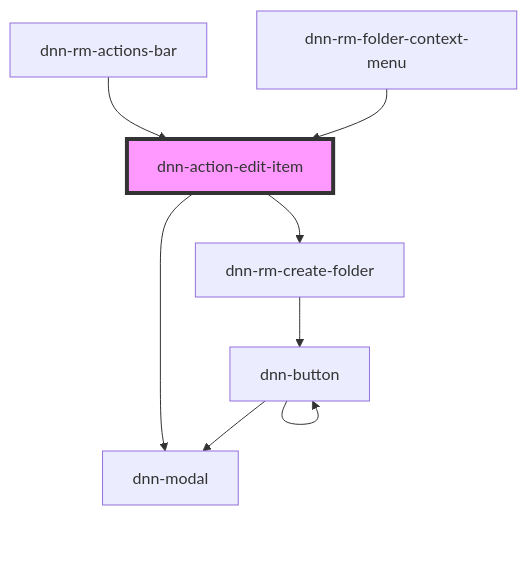
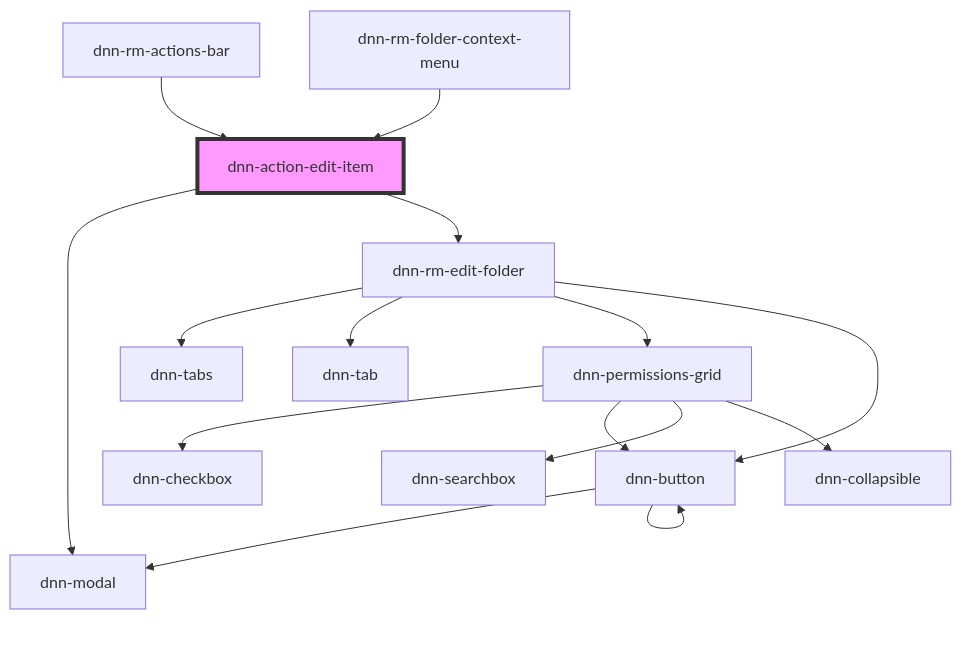
Before and after one commit to dnnsoftware/Dnn.Platform: the diagram in DNN Platform/Modules/ResourceManager/ResourceManager.Web/src/components/actions/dnn-action-edit-item/readme.md, drawn with Mermaid. The commit also changed other lines of this file and 22 other files, not shown here.

Commit message:
Finished initial implemenation of edit-folder

````diff
--- a/DNN Platform/Modules/ResourceManager/ResourceManager.Web/src/components/actions/dnn-action-edit-item/readme.md
+++ b/DNN Platform/Modules/ResourceManager/ResourceManager.Web/src/components/actions/dnn-action-edit-item/readme.md
@@ -28,11 +28,18 @@
 ```mermaid
 graph TD;
   dnn-action-edit-item --> dnn-modal
-  dnn-action-edit-item --> dnn-rm-create-folder
-  dnn-rm-create-folder --> dnn-button
+  dnn-action-edit-item --> dnn-rm-edit-folder
+  dnn-rm-edit-folder --> dnn-tabs
+  dnn-rm-edit-folder --> dnn-tab
+  dnn-rm-edit-folder --> dnn-permissions-grid
+  dnn-rm-edit-folder --> dnn-button
+  dnn-permissions-grid --> dnn-checkbox
+  dnn-permissions-grid --> dnn-button
+  dnn-permissions-grid --> dnn-searchbox
+  dnn-permissions-grid --> dnn-collapsible
   dnn-button --> dnn-modal
   dnn-button --> dnn-button
   dnn-rm-actions-bar --> dnn-action-edit-item
   dnn-rm-folder-context-menu --> dnn-action-edit-item
   style dnn-action-edit-item fill:#f9f,stroke:#333,stroke-width:4px
 ```
````
